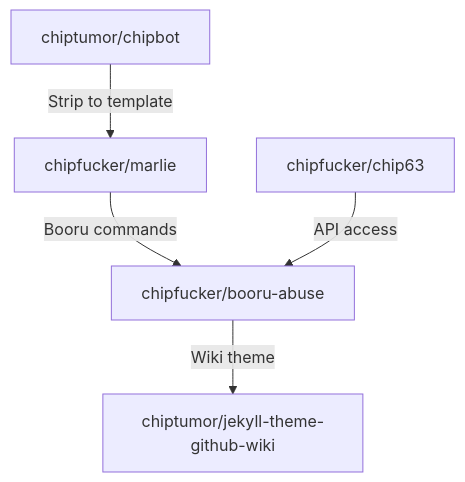
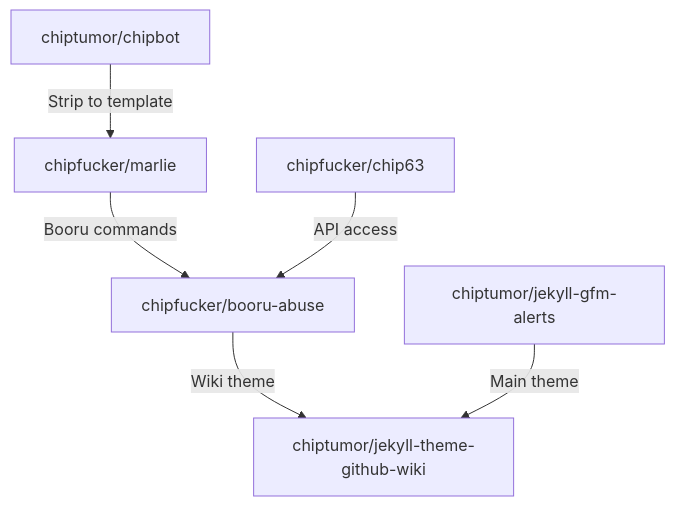
The diagram in README.md (chiptumor/chiptumor), drawn with Mermaid before and after one commit. The commit also changed other lines of this file, not shown here.

Commit message:
update flowchart

````diff
--- a/README.md
+++ b/README.md
@@ -15,8 +15,9 @@
 ```mermaid
 flowchart TD
 
-chiptumor/chipbot      --> |Strip to template| chipfucker/marlie
-chipfucker/marlie      --> |Booru commands   | chipfucker/booru-abuse
-chipfucker/chip63      --> |API access       | chipfucker/booru-abuse
-chipfucker/booru-abuse --> |Wiki theme       | chiptumor/jekyll-theme-github-wiki
+chiptumor/chipbot           --> |Strip to template| chipfucker/marlie
+chipfucker/marlie           --> |Booru commands   | chipfucker/booru-abuse
+chipfucker/chip63           --> |API access       | chipfucker/booru-abuse
+chipfucker/booru-abuse      --> |Wiki theme       | chiptumor/jekyll-theme-github-wiki
+chiptumor/jekyll-gfm-alerts --> |Main theme       | chiptumor/jekyll-theme-github-wiki
 ```
````
